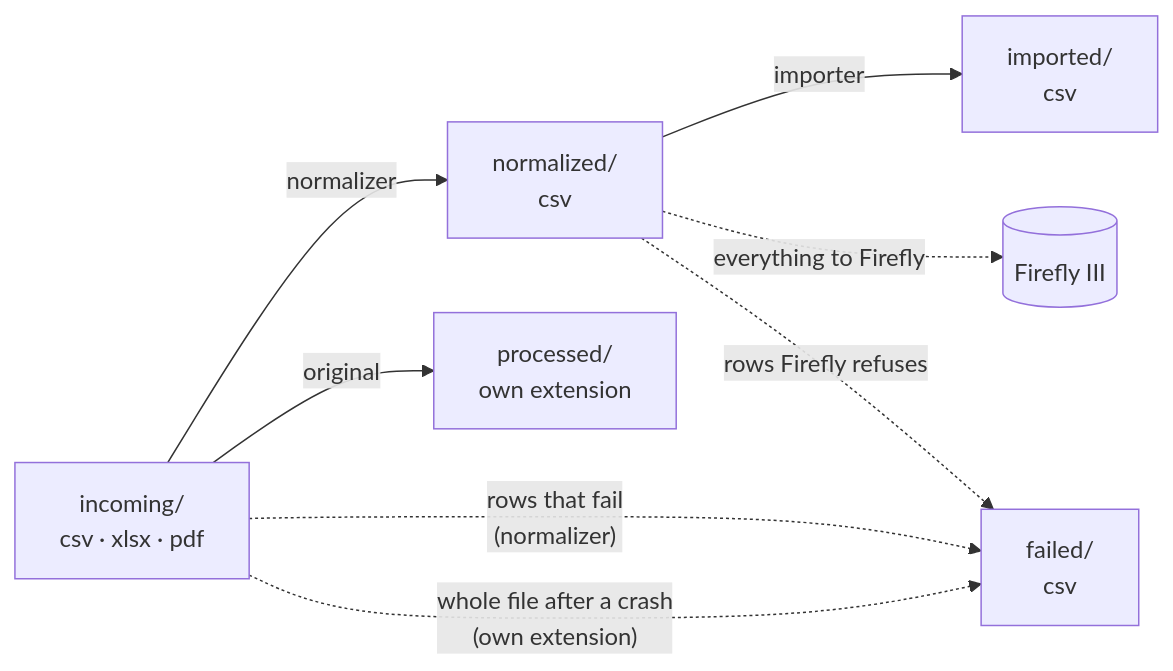
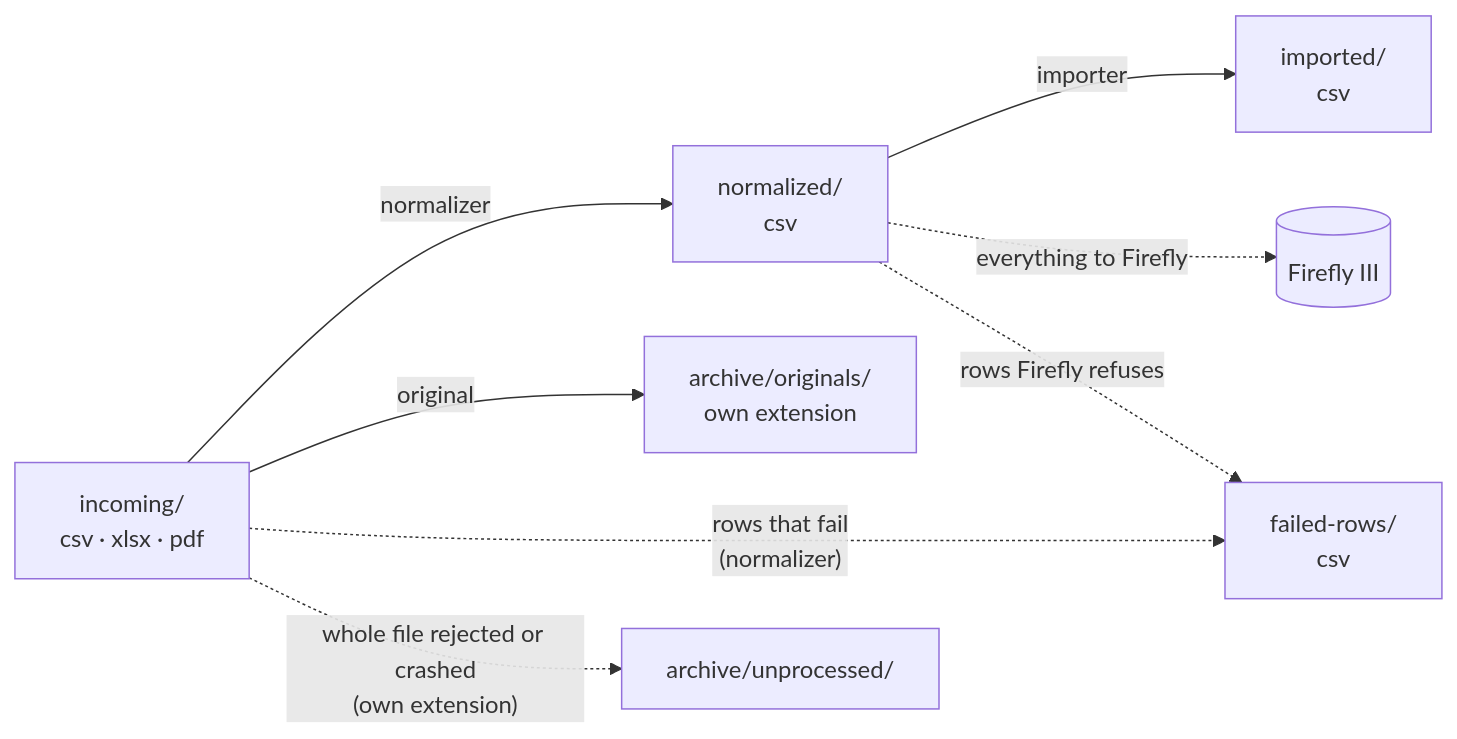
The diagram in plans/02-argenta.md (TrueNAS-Script-Kiddie/firefly-iii-feeder), drawn with Mermaid before and after one commit. The commit also changed other lines of this file and 5 other files, not shown here.

````diff
--- a/plans/02-argenta.md
+++ b/plans/02-argenta.md
@@ -90,10 +92,10 @@
 ```mermaid
 flowchart LR
     IN["incoming/<br/>csv · xlsx · pdf"] -->|normalizer| NO["normalized/<br/>csv"]
     NO -->|importer| IM["imported/<br/>csv"]
     NO -.->|everything to Firefly| FF[(Firefly III)]
-    IN -->|original| PR["processed/<br/>own extension"]
-    IN -.->|"rows that fail<br/>(normalizer)"| FA["failed/<br/>csv"]
+    IN -->|original| OR["archive/originals/<br/>own extension"]
+    IN -.->|"rows that fail<br/>(normalizer)"| FA["failed-rows/<br/>csv"]
     NO -.->|"rows Firefly refuses"| FA
-    IN -.->|"whole file after a crash<br/>(own extension)"| FA
+    IN -.->|"whole file rejected or crashed<br/>(own extension)"| UN["archive/unprocessed/"]
 ```
````
